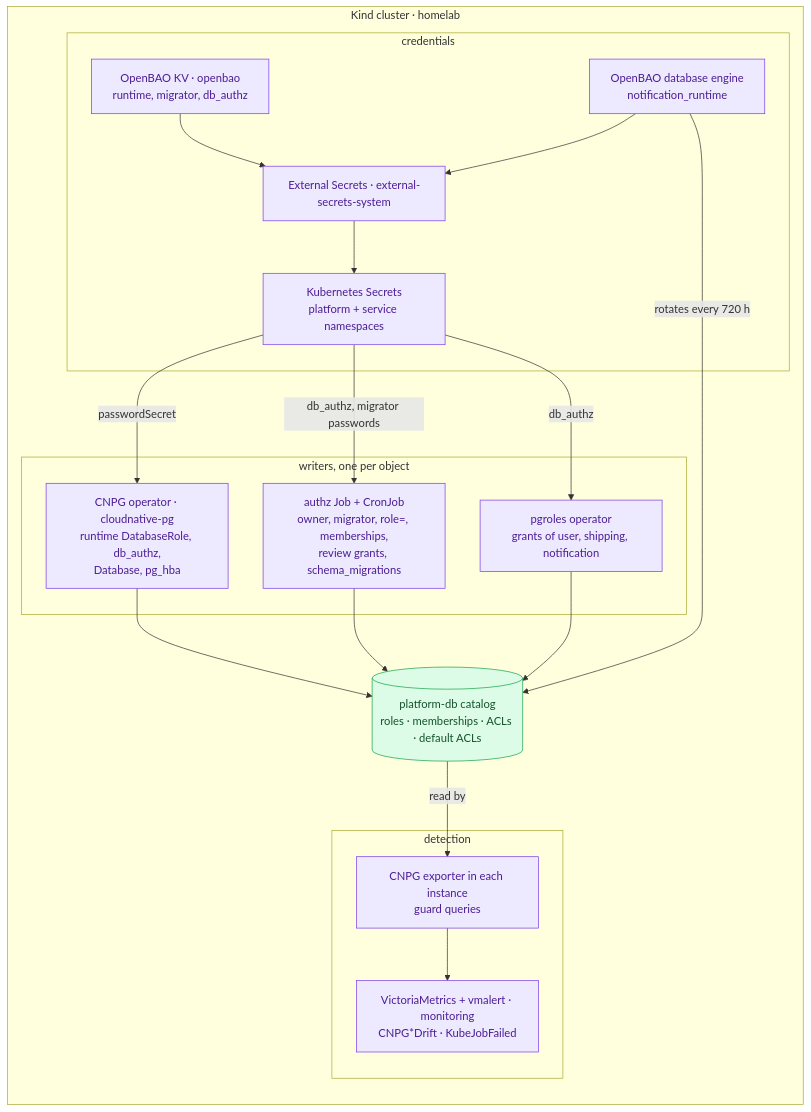
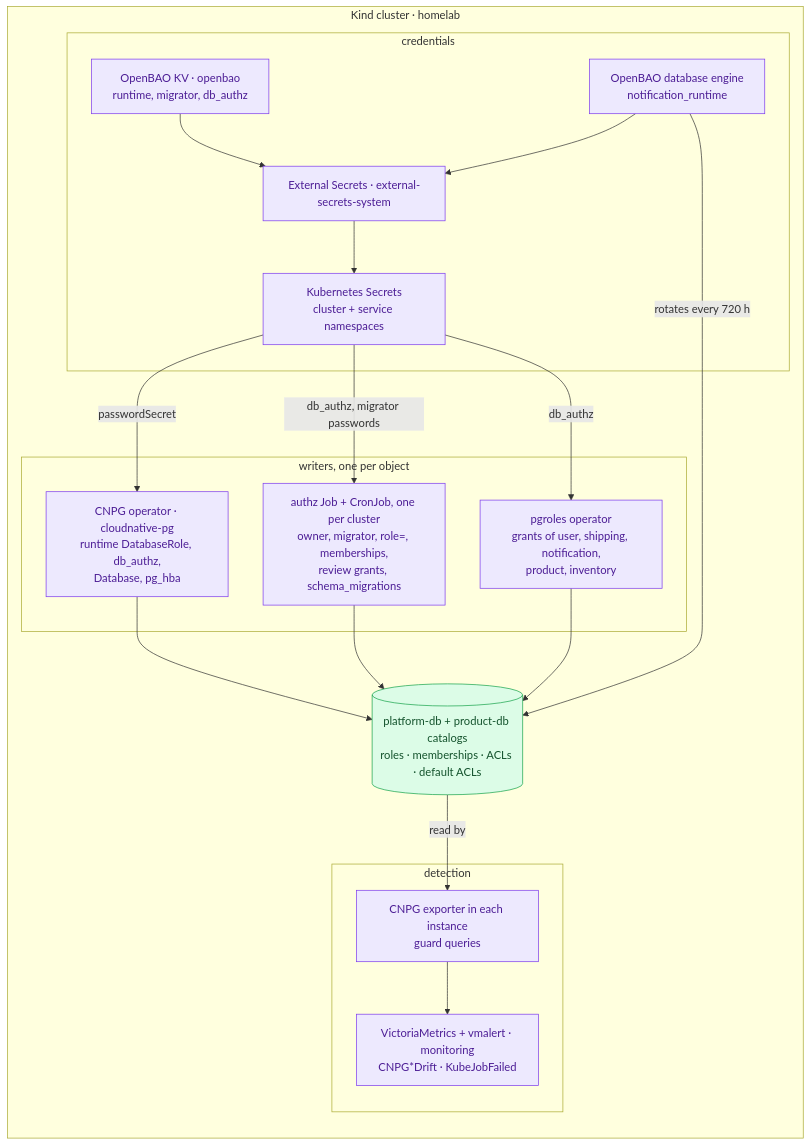
The second of 2 diagrams in docs/databases/authorization.md (duynhlab/homelab), drawn with Mermaid before and after one commit. The commit also changed other lines of this file and 33 other files, not shown here.

First line of the commit message:
Split product and inventory into three roles (#1279)

````diff
--- a/docs/databases/authorization.md
+++ b/docs/databases/authorization.md
@@ -97,36 +118,36 @@
 ```mermaid
 flowchart LR
     subgraph cluster["Kind cluster · homelab"]
         subgraph sec["credentials"]
             kv["OpenBAO KV · openbao<br/>runtime, migrator, db_authz"]:::platform
             dbe["OpenBAO database engine<br/>notification_runtime"]:::platform
             eso["External Secrets · external-secrets-system"]:::platform
-            ks["Kubernetes Secrets<br/>platform + service namespaces"]:::platform
+            ks["Kubernetes Secrets<br/>cluster + service namespaces"]:::platform
         end
         subgraph writers["writers, one per object"]
             cnpg["CNPG operator · cloudnative-pg<br/>runtime DatabaseRole, db_authz,<br/>Database, pg_hba"]:::platform
-            job["authz Job + CronJob<br/>owner, migrator, role=, memberships,<br/>review grants, schema_migrations"]:::platform
-            pgr["pgroles operator<br/>grants of user, shipping, notification"]:::platform
+            job["authz Job + CronJob, one per cluster<br/>owner, migrator, role=, memberships,<br/>review grants, schema_migrations"]:::platform
+            pgr["pgroles operator<br/>grants of user, shipping, notification,<br/>product, inventory"]:::platform
         end
-        cat[("platform-db catalog<br/>roles · memberships · ACLs · default ACLs")]:::data
+        cat[("platform-db + product-db catalogs<br/>roles · memberships · ACLs · default ACLs")]:::data
         subgraph obs["detection"]
             exp["CNPG exporter in each instance<br/>guard queries"]:::platform
             vm["VictoriaMetrics + vmalert · monitoring<br/>CNPG*Drift · KubeJobFailed"]:::platform
         end
     end
 
     kv --> eso
     dbe --> eso
     eso --> ks
     ks -->|"passwordSecret"| cnpg
     ks -->|"db_authz, migrator passwords"| job
     ks -->|"db_authz"| pgr
     cnpg --> cat
     job --> cat
     pgr --> cat
     dbe -->|"rotates every 720 h"| cat
     cat -->|"read by"| exp --> vm
 
     classDef platform fill:#ede9fe,color:#4c1d95,stroke:#7c3aed;
     classDef data fill:#dcfce7,color:#14532d,stroke:#16a34a;
 ```
````
